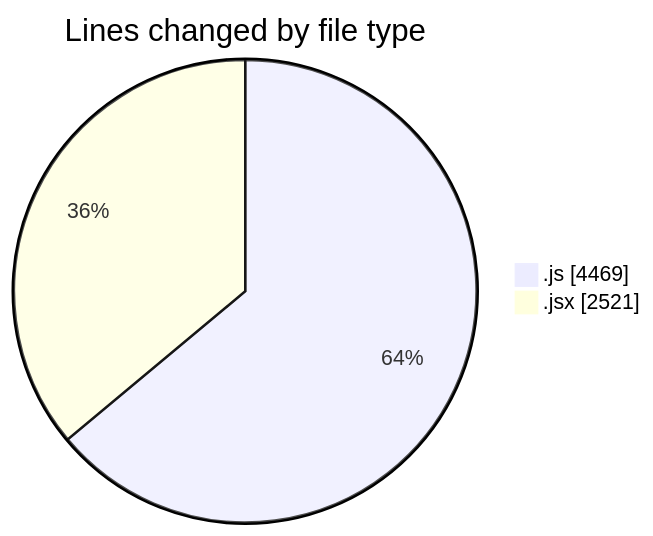
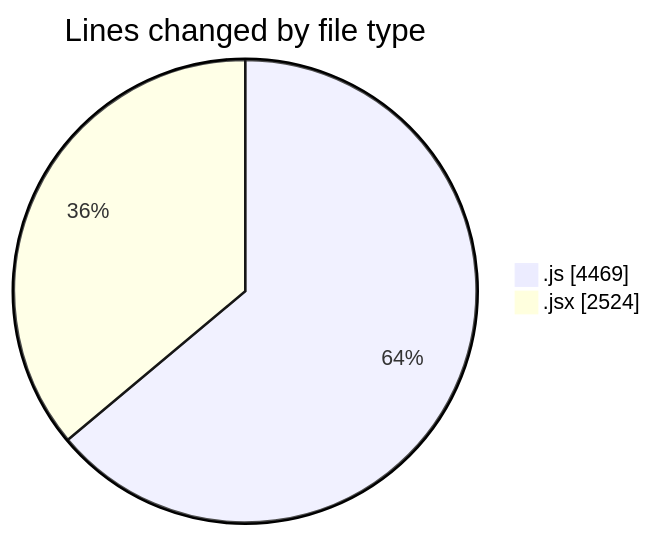
Before and after one commit to nxtqubesakshisongat/code-tracking: the first of 2 diagrams in 2025-08-13/nxtqube_webapp/README.md, drawn with Mermaid. The commit also changed other lines of this file and 1 other file, not shown here.

````diff
--- a/2025-08-13/nxtqube_webapp/README.md
+++ b/2025-08-13/nxtqube_webapp/README.md
@@ -26,6 +26,6 @@
 ```mermaid
 pie showData
 title Lines changed by file type
 ".js" : 4469
-".jsx" : 2521
+".jsx" : 2524
 ```
````
